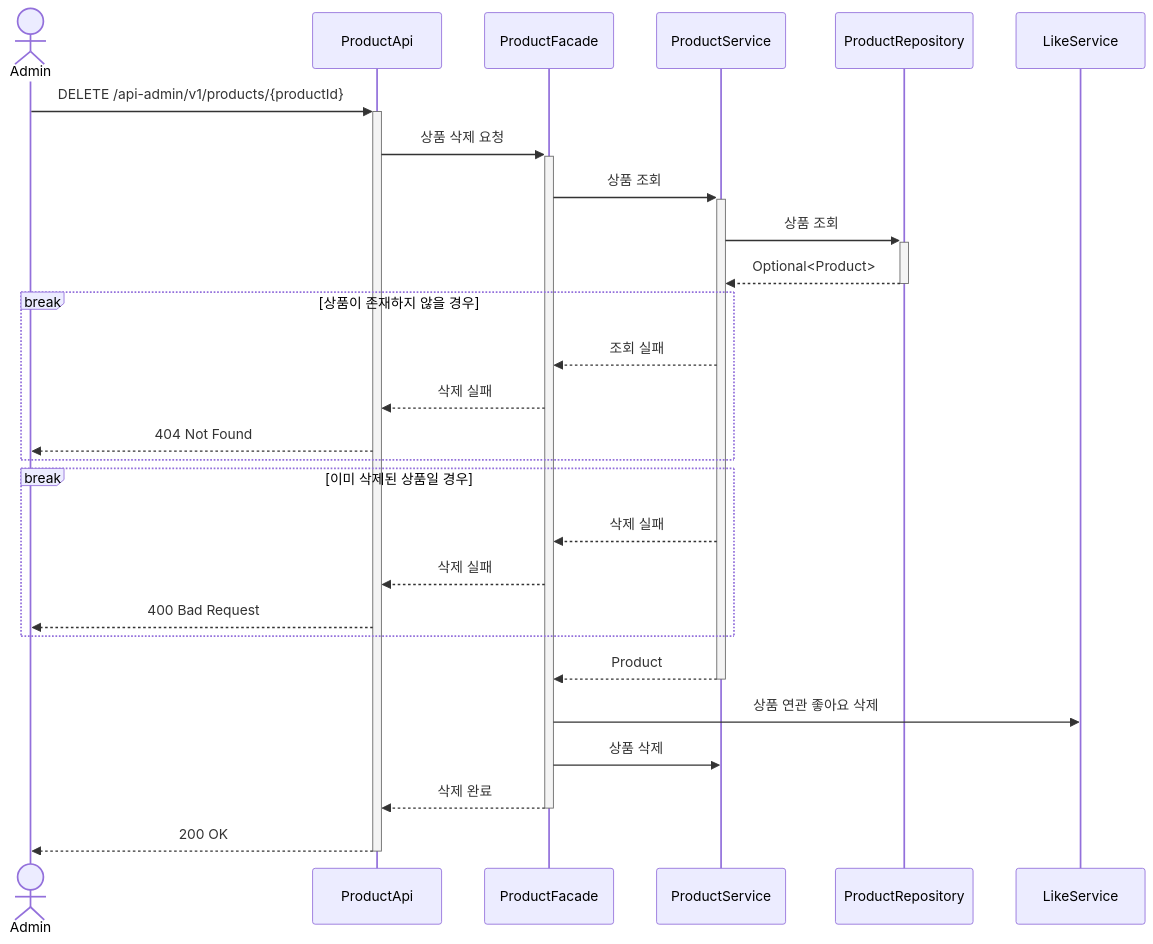
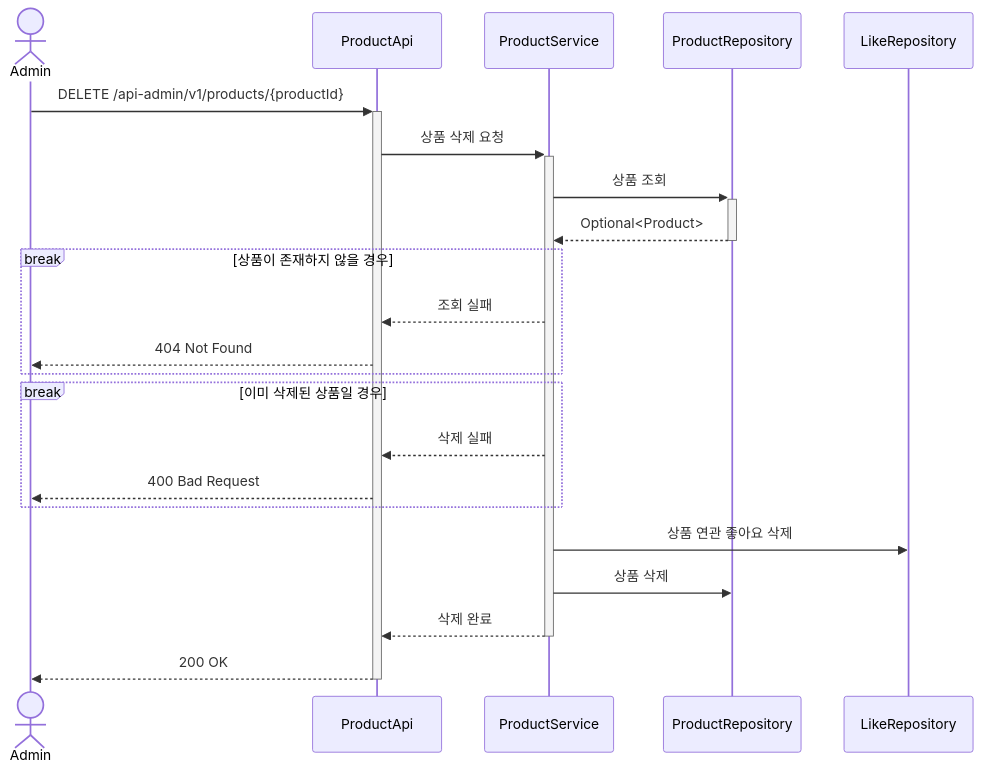
Diagram 13 of 23 in .docs/design/02-sequence-diagrams.md (Loopers-dev-lab/loop-pack-be-l2-vol3-java), drawn with Mermaid before and after one commit. The commit also changed other lines of this file, not shown here.

First line of the commit message:
docs: 시퀀스 다이어그램에서 Facade 제거 및 Service 직접 호출 구조로 수정

````diff
--- a/.docs/design/02-sequence-diagrams.md
+++ b/.docs/design/02-sequence-diagrams.md
@@ -456,34 +437,29 @@
 ```mermaid
 sequenceDiagram
     actor Admin
     participant ProductApi
-    participant ProductFacade
     participant ProductService
     participant ProductRepository
-    participant LikeService
+    participant LikeRepository
 
     Admin ->>+ ProductApi: DELETE /api-admin/v1/products/{productId}
-    ProductApi ->>+ ProductFacade: 상품 삭제 요청
-    ProductFacade ->>+ ProductService: 상품 조회
+    ProductApi ->>+ ProductService: 상품 삭제 요청
+
     ProductService ->>+ ProductRepository: 상품 조회
     ProductRepository -->>- ProductService: Optional<Product>
 
     break 상품이 존재하지 않을 경우
-        ProductService -->> ProductFacade: 조회 실패
-        ProductFacade -->> ProductApi: 삭제 실패
+        ProductService -->> ProductApi: 조회 실패
         ProductApi -->> Admin: 404 Not Found
     end
 
     break 이미 삭제된 상품일 경우
-        ProductService -->> ProductFacade: 삭제 실패
-        ProductFacade -->> ProductApi: 삭제 실패
+        ProductService -->> ProductApi: 삭제 실패
         ProductApi -->> Admin: 400 Bad Request
     end
 
-    ProductService -->>- ProductFacade: Product
-
-    ProductFacade ->> LikeService: 상품 연관 좋아요 삭제
-    ProductFacade ->> ProductService: 상품 삭제
-    ProductFacade -->>- ProductApi: 삭제 완료
+    ProductService ->> LikeRepository: 상품 연관 좋아요 삭제
+    ProductService ->> ProductRepository: 상품 삭제
+    ProductService -->>- ProductApi: 삭제 완료
     ProductApi -->>- Admin: 200 OK
 ```
````
